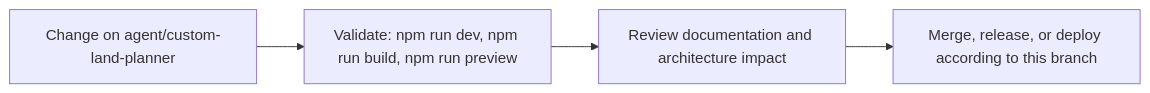
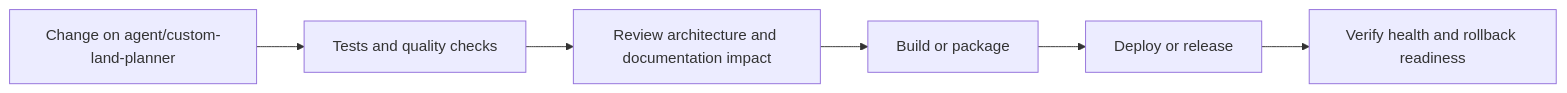
One commit to Nischhalsubba/Napiyo changed the fourth of 5 diagrams in README.md. Above: the diagram before and after it, drawn with Mermaid. The commit also changed other lines of this file, not shown here.

````diff
--- a/README.md
+++ b/README.md
@@ -70,8 +148,8 @@
 ```mermaid
 flowchart LR
-    CHANGE["Change on agent/custom-land-planner"]
-    CHECK["Validate: npm run dev, npm run build, npm run preview"]
-    REVIEW["Review documentation and architecture impact"]
-    RELEASE["Merge, release, or deploy according to this branch"]
-    CHANGE --> CHECK --> REVIEW --> RELEASE
+    CHANGE["Change on agent/custom-land-planner"] --> CHECK["Tests and quality checks"]
+    CHECK --> REVIEW["Review architecture and documentation impact"]
+    REVIEW --> BUILD["Build or package"]
+    BUILD --> DEPLOY["Deploy or release"]
+    DEPLOY --> VERIFY["Verify health and rollback readiness"]
 ```
````
